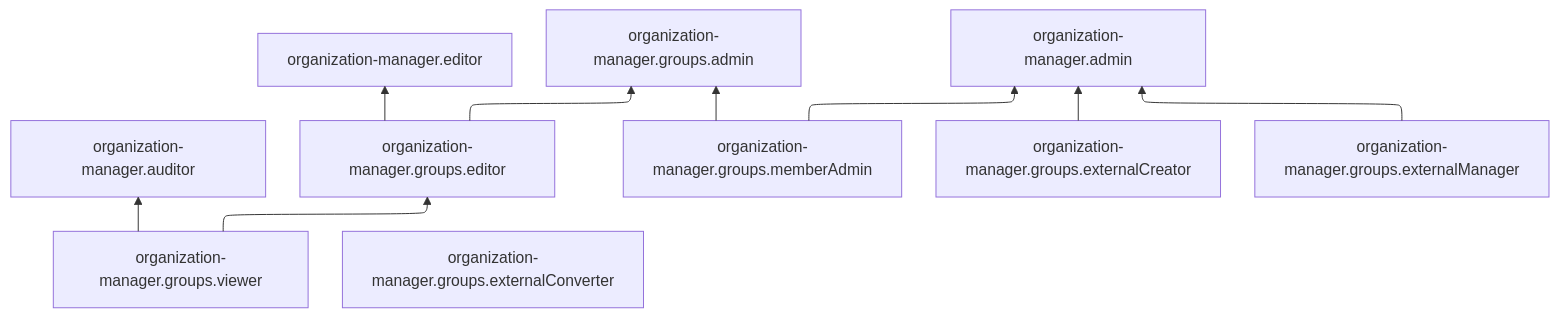
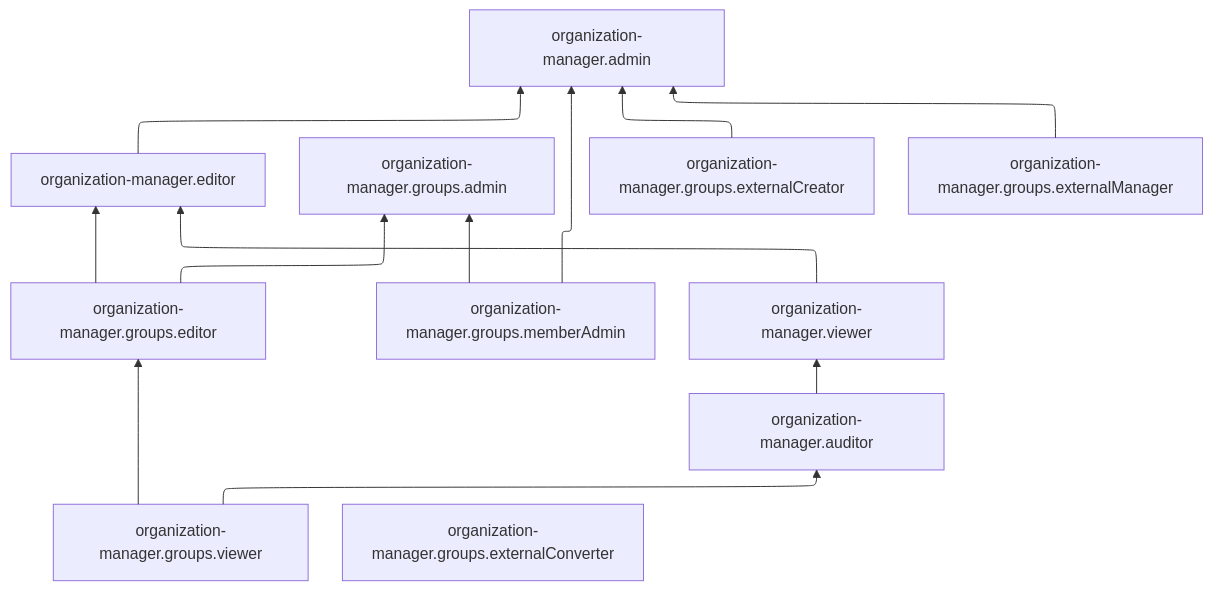
One commit to yandex-cloud/docs changed the diagram in ru/_mermaid/roles/organization-manager-groups.md. Above: the diagram before and after it, drawn with Mermaid. The commit also changed 115 other files, not shown here.

````diff
--- a/ru/_mermaid/roles/organization-manager-groups.md
+++ b/ru/_mermaid/roles/organization-manager-groups.md
@@ -1,13 +1,14 @@
 ```mermaid
 %%{init: {"flowchart": {'defaultRenderer': 'elk'}} }%%
 flowchart BT
     om-gr-viewer["organization-manager.groups.viewer"] --> om-auditor["organization-manager.auditor"]
     om-gr-viewer --> om-gr-editor["organization-manager.groups.editor"]
     om-gr-editor --> om-editor["organization-manager.editor"]
     om-gr-editor --> om-gr-admin["organization-manager.groups.admin"]
     om-gr-memberAdmin["organization-manager.groups.memberAdmin"] --> om-gr-admin["organization-manager.groups.admin"]
     om-gr-memberAdmin --> om-admin["organization-manager.admin"]
     om-gr-externalCreator["organization-manager.groups.externalCreator"] --> om-admin
     om-gr-externalManager["organization-manager.groups.externalManager"] --> om-admin
     organization-manager.groups.externalConverter
+    om-auditor --> om-viewer["organization-manager.viewer"] --> om-editor --> om-admin
 ```
````
